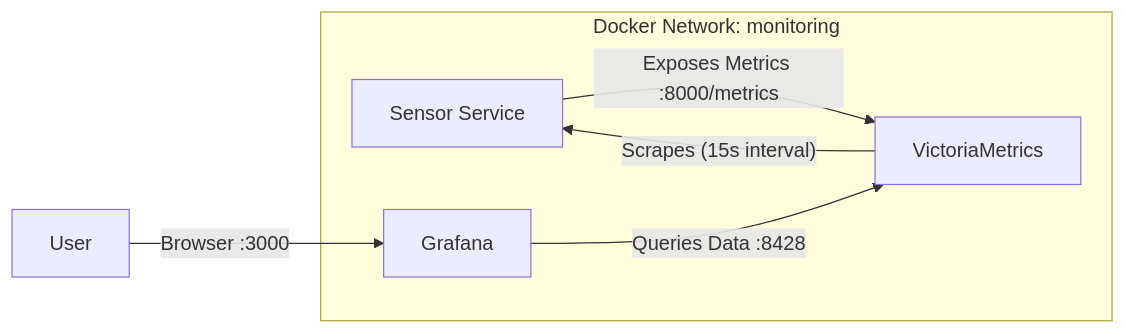
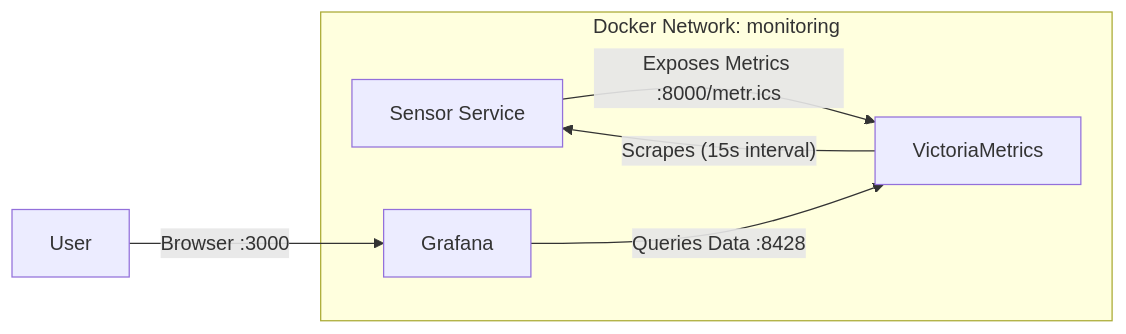
One commit to kaffie-1517/Resource-Constrained-Edge-Observability-Stack--CI-CD- changed the diagram in README.md. Above: the diagram before and after it, drawn with Mermaid.

Commit message:
Fix typo in metrics endpoint in README

````diff
--- a/README.md
+++ b/README.md
@@ -45,9 +45,9 @@
 ```mermaid
 graph LR
     subgraph Docker Network [Docker Network: monitoring ]
-        A[Sensor Service] -- Exposes Metrics :8000/metrics --> B[VictoriaMetrics]
+        A[Sensor Service] -- Exposes Metrics :8000/metr.ics  --> B[VictoriaMetrics]
         B -- Scrapes (15s interval) --> A
         C[Grafana] -- Queries Data :8428 --> B
     end
     User -- Browser :3000 --> C
 ```
````
